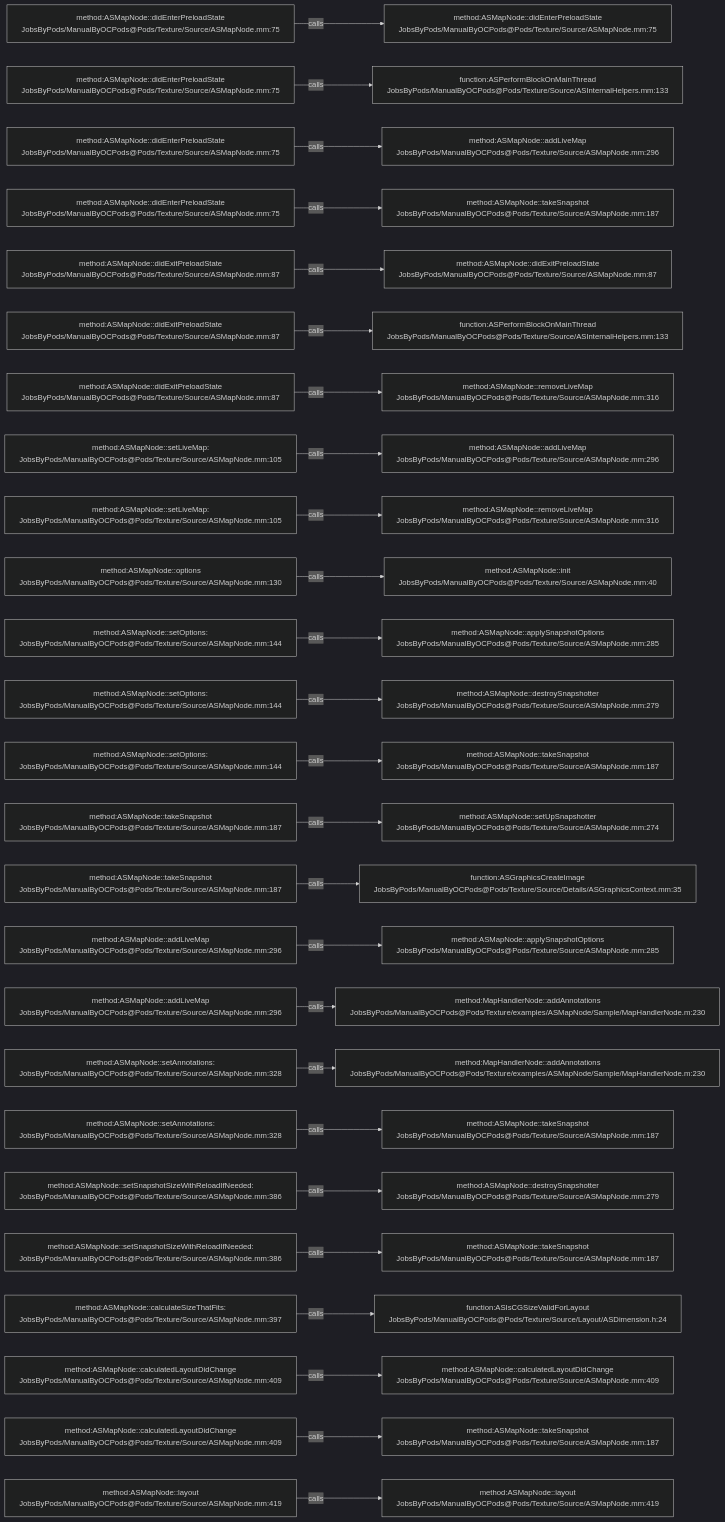
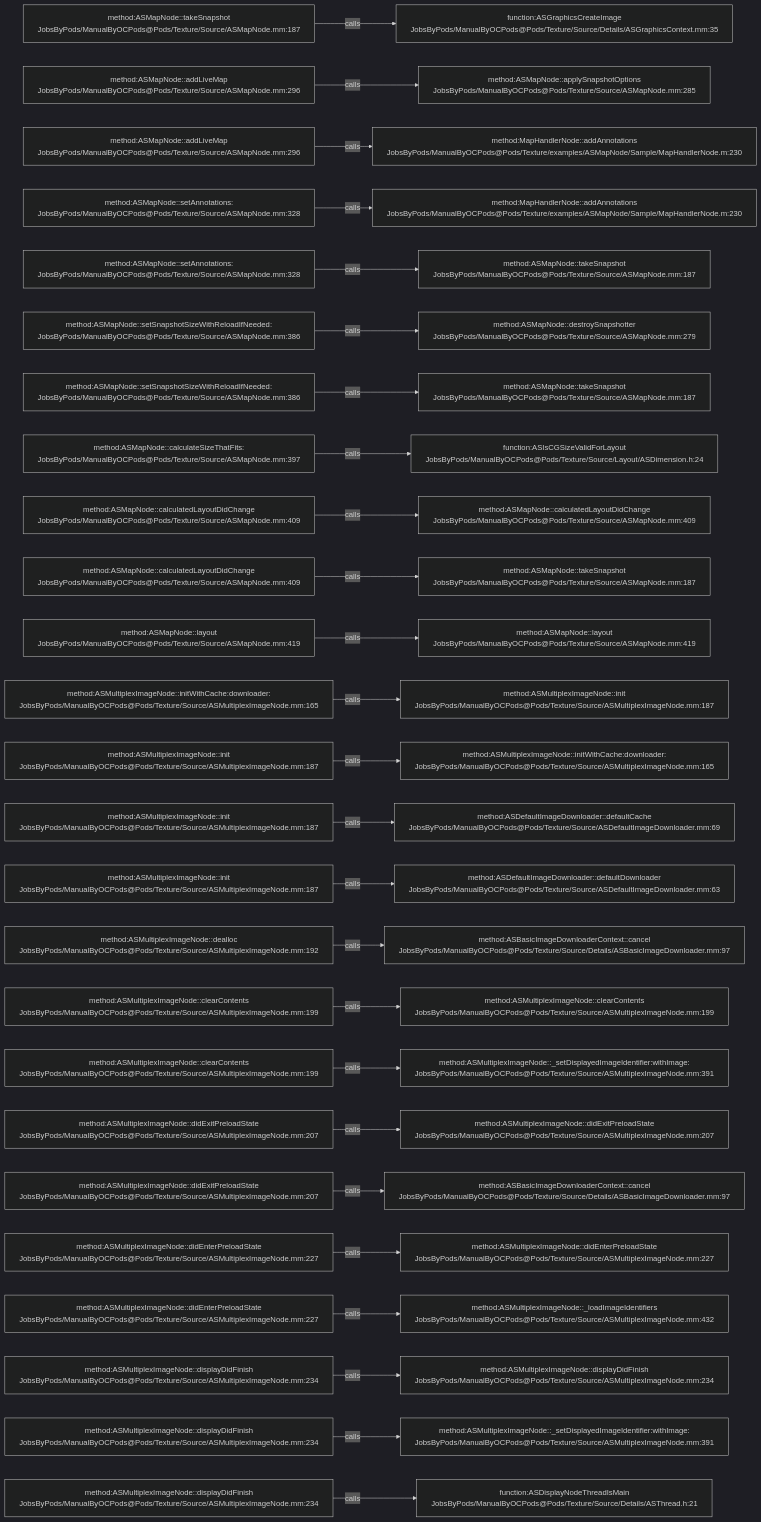
Before and after one commit to JobsKits/JobsOCBaseConfigDemo: the diagram in .codegraph/codegraph.md/graphs/calls-115.md, drawn with Mermaid (dark theme). The commit also changed 296 other files, not shown here.

````diff
--- a/.codegraph/codegraph.md/graphs/calls-115.md
+++ b/.codegraph/codegraph.md/graphs/calls-115.md
@@ -13,78 +13,78 @@
 ```mermaid
 flowchart LR
-  S1["method:ASMapNode::didEnterPreloadState<br/>JobsByPods/ManualByOCPods@Pods/Texture/Source/ASMapNode.mm:75"]
-  T1["method:ASMapNode::didEnterPreloadState<br/>JobsByPods/ManualByOCPods@Pods/Texture/Source/ASMapNode.mm:75"]
+  S1["method:ASMapNode::takeSnapshot<br/>JobsByPods/ManualByOCPods@Pods/Texture/Source/ASMapNode.mm:187"]
+  T1["function:ASGraphicsCreateImage<br/>JobsByPods/ManualByOCPods@Pods/Texture/Source/Details/ASGraphicsContext.mm:35"]
   S1 -->|calls| T1
-  S2["method:ASMapNode::didEnterPreloadState<br/>JobsByPods/ManualByOCPods@Pods/Texture/Source/ASMapNode.mm:75"]
-  T2["function:ASPerformBlockOnMainThread<br/>JobsByPods/ManualByOCPods@Pods/Texture/Source/ASInternalHelpers.mm:133"]
+  S2["method:ASMapNode::addLiveMap<br/>JobsByPods/ManualByOCPods@Pods/Texture/Source/ASMapNode.mm:296"]
+  T2["method:ASMapNode::applySnapshotOptions<br/>JobsByPods/ManualByOCPods@Pods/Texture/Source/ASMapNode.mm:285"]
   S2 -->|calls| T2
-  S3["method:ASMapNode::didEnterPreloadState<br/>JobsByPods/ManualByOCPods@Pods/Texture/Source/ASMapNode.mm:75"]
-  T3["method:ASMapNode::addLiveMap<br/>JobsByPods/ManualByOCPods@Pods/Texture/Source/ASMapNode.mm:296"]
+  S3["method:ASMapNode::addLiveMap<br/>JobsByPods/ManualByOCPods@Pods/Texture/Source/ASMapNode.mm:296"]
+  T3["method:MapHandlerNode::addAnnotations<br/>JobsByPods/ManualByOCPods@Pods/Texture/examples/ASMapNode/Sample/MapHandlerNode.m:230"]
   S3 -->|calls| T3
-  S4["method:ASMapNode::didEnterPreloadState<br/>JobsByPods/ManualByOCPods@Pods/Texture/Source/ASMapNode.mm:75"]
-  T4["method:ASMapNode::takeSnapshot<br/>JobsByPods/ManualByOCPods@Pods/Texture/Source/ASMapNode.mm:187"]
+  S4["method:ASMapNode::setAnnotations:<br/>JobsByPods/ManualByOCPods@Pods/Texture/Source/ASMapNode.mm:328"]
+  T4["method:MapHandlerNode::addAnnotations<br/>JobsByPods/ManualByOCPods@Pods/Texture/examples/ASMapNode/Sample/MapHandlerNode.m:230"]
   S4 -->|calls| T4
-  S5["method:ASMapNode::didExitPreloadState<br/>JobsByPods/ManualByOCPods@Pods/Texture/Source/ASMapNode.mm:87"]
-  T5["method:ASMapNode::didExitPreloadState<br/>JobsByPods/ManualByOCPods@Pods/Texture/Source/ASMapNode.mm:87"]
+  S5["method:ASMapNode::setAnnotations:<br/>JobsByPods/ManualByOCPods@Pods/Texture/Source/ASMapNode.mm:328"]
+  T5["method:ASMapNode::takeSnapshot<br/>JobsByPods/ManualByOCPods@Pods/Texture/Source/ASMapNode.mm:187"]
   S5 -->|calls| T5
-  S6["method:ASMapNode::didExitPreloadState<br/>JobsByPods/ManualByOCPods@Pods/Texture/Source/ASMapNode.mm:87"]
-  T6["function:ASPerformBlockOnMainThread<br/>JobsByPods/ManualByOCPods@Pods/Texture/Source/ASInternalHelpers.mm:133"]
+  S6["method:ASMapNode::setSnapshotSizeWithReloadIfNeeded:<br/>JobsByPods/ManualByOCPods@Pods/Texture/Source/ASMapNode.mm:386"]
+  T6["method:ASMapNode::destroySnapshotter<br/>JobsByPods/ManualByOCPods@Pods/Texture/Source/ASMapNode.mm:279"]
   S6 -->|calls| T6
-  S7["method:ASMapNode::didExitPreloadState<br/>JobsByPods/ManualByOCPods@Pods/Texture/Source/ASMapNode.mm:87"]
-  T7["method:ASMapNode::removeLiveMap<br/>JobsByPods/ManualByOCPods@Pods/Texture/Source/ASMapNode.mm:316"]
+  S7["method:ASMapNode::setSnapshotSizeWithReloadIfNeeded:<br/>JobsByPods/ManualByOCPods@Pods/Texture/Source/ASMapNode.mm:386"]
+  T7["method:ASMapNode::takeSnapshot<br/>JobsByPods/ManualByOCPods@Pods/Texture/Source/ASMapNode.mm:187"]
   S7 -->|calls| T7
-  S8["method:ASMapNode::setLiveMap:<br/>JobsByPods/ManualByOCPods@Pods/Texture/Source/ASMapNode.mm:105"]
-  T8["method:ASMapNode::addLiveMap<br/>JobsByPods/ManualByOCPods@Pods/Texture/Source/ASMapNode.mm:296"]
+  S8["method:ASMapNode::calculateSizeThatFits:<br/>JobsByPods/ManualByOCPods@Pods/Texture/Source/ASMapNode.mm:397"]
+  T8["function:ASIsCGSizeValidForLayout<br/>JobsByPods/ManualByOCPods@Pods/Texture/Source/Layout/ASDimension.h:24"]
   S8 -->|calls| T8
-  S9["method:ASMapNode::setLiveMap:<br/>JobsByPods/ManualByOCPods@Pods/Texture/Source/ASMapNode.mm:105"]
-  T9["method:ASMapNode::removeLiveMap<br/>JobsByPods/ManualByOCPods@Pods/Texture/Source/ASMapNode.mm:316"]
+  S9["method:ASMapNode::calculatedLayoutDidChange<br/>JobsByPods/ManualByOCPods@Pods/Texture/Source/ASMapNode.mm:409"]
+  T9["method:ASMapNode::calculatedLayoutDidChange<br/>JobsByPods/ManualByOCPods@Pods/Texture/Source/ASMapNode.mm:409"]
   S9 -->|calls| T9
-  S10["method:ASMapNode::options<br/>JobsByPods/ManualByOCPods@Pods/Texture/Source/ASMapNode.mm:130"]
-  T10["method:ASMapNode::init<br/>JobsByPods/ManualByOCPods@Pods/Texture/Source/ASMapNode.mm:40"]
+  S10["method:ASMapNode::calculatedLayoutDidChange<br/>JobsByPods/ManualByOCPods@Pods/Texture/Source/ASMapNode.mm:409"]
+  T10["method:ASMapNode::takeSnapshot<br/>JobsByPods/ManualByOCPods@Pods/Texture/Source/ASMapNode.mm:187"]
   S10 -->|calls| T10
-  S11["method:ASMapNode::setOptions:<br/>JobsByPods/ManualByOCPods@Pods/Texture/Source/ASMapNode.mm:144"]
-  T11["method:ASMapNode::applySnapshotOptions<br/>JobsByPods/ManualByOCPods@Pods/Texture/Source/ASMapNode.mm:285"]
+  S11["method:ASMapNode::layout<br/>JobsByPods/ManualByOCPods@Pods/Texture/Source/ASMapNode.mm:419"]
+  T11["method:ASMapNode::layout<br/>JobsByPods/ManualByOCPods@Pods/Texture/Source/ASMapNode.mm:419"]
   S11 -->|calls| T11
-  S12["method:ASMapNode::setOptions:<br/>JobsByPods/ManualByOCPods@Pods/Texture/Source/ASMapNode.mm:144"]
-  T12["method:ASMapNode::destroySnapshotter<br/>JobsByPods/ManualByOCPods@Pods/Texture/Source/ASMapNode.mm:279"]
+  S12["method:ASMultiplexImageNode::initWithCache:downloader:<br/>JobsByPods/ManualByOCPods@Pods/Texture/Source/ASMultiplexImageNode.mm:165"]
+  T12["method:ASMultiplexImageNode::init<br/>JobsByPods/ManualByOCPods@Pods/Texture/Source/ASMultiplexImageNode.mm:187"]
   S12 -->|calls| T12
-  S13["method:ASMapNode::setOptions:<br/>JobsByPods/ManualByOCPods@Pods/Texture/Source/ASMapNode.mm:144"]
-  T13["method:ASMapNode::takeSnapshot<br/>JobsByPods/ManualByOCPods@Pods/Texture/Source/ASMapNode.mm:187"]
+  S13["method:ASMultiplexImageNode::init<br/>JobsByPods/ManualByOCPods@Pods/Texture/Source/ASMultiplexImageNode.mm:187"]
+  T13["method:ASMultiplexImageNode::initWithCache:downloader:<br/>JobsByPods/ManualByOCPods@Pods/Texture/Source/ASMultiplexImageNode.mm:165"]
   S13 -->|calls| T13
-  S14["method:ASMapNode::takeSnapshot<br/>JobsByPods/ManualByOCPods@Pods/Texture/Source/ASMapNode.mm:187"]
-  T14["method:ASMapNode::setUpSnapshotter<br/>JobsByPods/ManualByOCPods@Pods/Texture/Source/ASMapNode.mm:274"]
+  S14["method:ASMultiplexImageNode::init<br/>JobsByPods/ManualByOCPods@Pods/Texture/Source/ASMultiplexImageNode.mm:187"]
+  T14["method:ASDefaultImageDownloader::defaultCache<br/>JobsByPods/ManualByOCPods@Pods/Texture/Source/ASDefaultImageDownloader.mm:69"]
   S14 -->|calls| T14
-  S15["method:ASMapNode::takeSnapshot<br/>JobsByPods/ManualByOCPods@Pods/Texture/Source/ASMapNode.mm:187"]
-  T15["function:ASGraphicsCreateImage<br/>JobsByPods/ManualByOCPods@Pods/Texture/Source/Details/ASGraphicsContext.mm:35"]
+  S15["method:ASMultiplexImageNode::init<br/>JobsByPods/ManualByOCPods@Pods/Texture/Source/ASMultiplexImageNode.mm:187"]
+  T15["method:ASDefaultImageDownloader::defaultDownloader<br/>JobsByPods/ManualByOCPods@Pods/Texture/Source/ASDefaultImageDownloader.mm:63"]
   S15 -->|calls| T15
-  S16["method:ASMapNode::addLiveMap<br/>JobsByPods/ManualByOCPods@Pods/Texture/Source/ASMapNode.mm:296"]
-  T16["method:ASMapNode::applySnapshotOptions<br/>JobsByPods/ManualByOCPods@Pods/Texture/Source/ASMapNode.mm:285"]
+  S16["method:ASMultiplexImageNode::dealloc<br/>JobsByPods/ManualByOCPods@Pods/Texture/Source/ASMultiplexImageNode.mm:192"]
+  T16["method:ASBasicImageDownloaderContext::cancel<br/>JobsByPods/ManualByOCPods@Pods/Texture/Source/Details/ASBasicImageDownloader.mm:97"]
   S16 -->|calls| T16
-  S17["method:ASMapNode::addLiveMap<br/>JobsByPods/ManualByOCPods@Pods/Texture/Source/ASMapNode.mm:296"]
-  T17["method:MapHandlerNode::addAnnotations<br/>JobsByPods/ManualByOCPods@Pods/Texture/examples/ASMapNode/Sample/MapHandlerNode.m:230"]
+  S17["method:ASMultiplexImageNode::clearContents<br/>JobsByPods/ManualByOCPods@Pods/Texture/Source/ASMultiplexImageNode.mm:199"]
+  T17["method:ASMultiplexImageNode::clearContents<br/>JobsByPods/ManualByOCPods@Pods/Texture/Source/ASMultiplexImageNode.mm:199"]
   S17 -->|calls| T17
-  S18["method:ASMapNode::setAnnotations:<br/>JobsByPods/ManualByOCPods@Pods/Texture/Source/ASMapNode.mm:328"]
-  T18["method:MapHandlerNode::addAnnotations<br/>JobsByPods/ManualByOCPods@Pods/Texture/examples/ASMapNode/Sample/MapHandlerNode.m:230"]
+  S18["method:ASMultiplexImageNode::clearContents<br/>JobsByPods/ManualByOCPods@Pods/Texture/Source/ASMultiplexImageNode.mm:199"]
+  T18["method:ASMultiplexImageNode::_setDisplayedImageIdentifier:withImage:<br/>JobsByPods/ManualByOCPods@Pods/Texture/Source/ASMultiplexImageNode.mm:391"]
   S18 -->|calls| T18
-  S19["method:ASMapNode::setAnnotations:<br/>JobsByPods/ManualByOCPods@Pods/Texture/Source/ASMapNode.mm:328"]
-  T19["method:ASMapNode::takeSnapshot<br/>JobsByPods/ManualByOCPods@Pods/Texture/Source/ASMapNode.mm:187"]
+  S19["method:ASMultiplexImageNode::didExitPreloadState<br/>JobsByPods/ManualByOCPods@Pods/Texture/Source/ASMultiplexImageNode.mm:207"]
+  T19["method:ASMultiplexImageNode::didExitPreloadState<br/>JobsByPods/ManualByOCPods@Pods/Texture/Source/ASMultiplexImageNode.mm:207"]
   S19 -->|calls| T19
-  S20["method:ASMapNode::setSnapshotSizeWithReloadIfNeeded:<br/>JobsByPods/ManualByOCPods@Pods/Texture/Source/ASMapNode.mm:386"]
-  T20["method:ASMapNode::destroySnapshotter<br/>JobsByPods/ManualByOCPods@Pods/Texture/Source/ASMapNode.mm:279"]
+  S20["method:ASMultiplexImageNode::didExitPreloadState<br/>JobsByPods/ManualByOCPods@Pods/Texture/Source/ASMultiplexImageNode.mm:207"]
+  T20["method:ASBasicImageDownloaderContext::cancel<br/>JobsByPods/ManualByOCPods@Pods/Texture/Source/Details/ASBasicImageDownloader.mm:97"]
   S20 -->|calls| T20
-  S21["method:ASMapNode::setSnapshotSizeWithReloadIfNeeded:<br/>JobsByPods/ManualByOCPods@Pods/Texture/Source/ASMapNode.mm:386"]
-  T21["method:ASMapNode::takeSnapshot<br/>JobsByPods/ManualByOCPods@Pods/Texture/Source/ASMapNode.mm:187"]
+  S21["method:ASMultiplexImageNode::didEnterPreloadState<br/>JobsByPods/ManualByOCPods@Pods/Texture/Source/ASMultiplexImageNode.mm:227"]
+  T21["method:ASMultiplexImageNode::didEnterPreloadState<br/>JobsByPods/ManualByOCPods@Pods/Texture/Source/ASMultiplexImageNode.mm:227"]
   S21 -->|calls| T21
-  S22["method:ASMapNode::calculateSizeThatFits:<br/>JobsByPods/ManualByOCPods@Pods/Texture/Source/ASMapNode.mm:397"]
-  T22["function:ASIsCGSizeValidForLayout<br/>JobsByPods/ManualByOCPods@Pods/Texture/Source/Layout/ASDimension.h:24"]
+  S22["method:ASMultiplexImageNode::didEnterPreloadState<br/>JobsByPods/ManualByOCPods@Pods/Texture/Source/ASMultiplexImageNode.mm:227"]
+  T22["method:ASMultiplexImageNode::_loadImageIdentifiers<br/>JobsByPods/ManualByOCPods@Pods/Texture/Source/ASMultiplexImageNode.mm:432"]
   S22 -->|calls| T22
-  S23["method:ASMapNode::calculatedLayoutDidChange<br/>JobsByPods/ManualByOCPods@Pods/Texture/Source/ASMapNode.mm:409"]
-  T23["method:ASMapNode::calculatedLayoutDidChange<br/>JobsByPods/ManualByOCPods@Pods/Texture/Source/ASMapNode.mm:409"]
+  S23["method:ASMultiplexImageNode::displayDidFinish<br/>JobsByPods/ManualByOCPods@Pods/Texture/Source/ASMultiplexImageNode.mm:234"]
+  T23["method:ASMultiplexImageNode::displayDidFinish<br/>JobsByPods/ManualByOCPods@Pods/Texture/Source/ASMultiplexImageNode.mm:234"]
   S23 -->|calls| T23
-  S24["method:ASMapNode::calculatedLayoutDidChange<br/>JobsByPods/ManualByOCPods@Pods/Texture/Source/ASMapNode.mm:409"]
-  T24["method:ASMapNode::takeSnapshot<br/>JobsByPods/ManualByOCPods@Pods/Texture/Source/ASMapNode.mm:187"]
+  S24["method:ASMultiplexImageNode::displayDidFinish<br/>JobsByPods/ManualByOCPods@Pods/Texture/Source/ASMultiplexImageNode.mm:234"]
+  T24["method:ASMultiplexImageNode::_setDisplayedImageIdentifier:withImage:<br/>JobsByPods/ManualByOCPods@Pods/Texture/Source/ASMultiplexImageNode.mm:391"]
   S24 -->|calls| T24
-  S25["method:ASMapNode::layout<br/>JobsByPods/ManualByOCPods@Pods/Texture/Source/ASMapNode.mm:419"]
-  T25["method:ASMapNode::layout<br/>JobsByPods/ManualByOCPods@Pods/Texture/Source/ASMapNode.mm:419"]
+  S25["method:ASMultiplexImageNode::displayDidFinish<br/>JobsByPods/ManualByOCPods@Pods/Texture/Source/ASMultiplexImageNode.mm:234"]
+  T25["function:ASDisplayNodeThreadIsMain<br/>JobsByPods/ManualByOCPods@Pods/Texture/Source/Details/ASThread.h:21"]
   S25 -->|calls| T25
 ```
````
